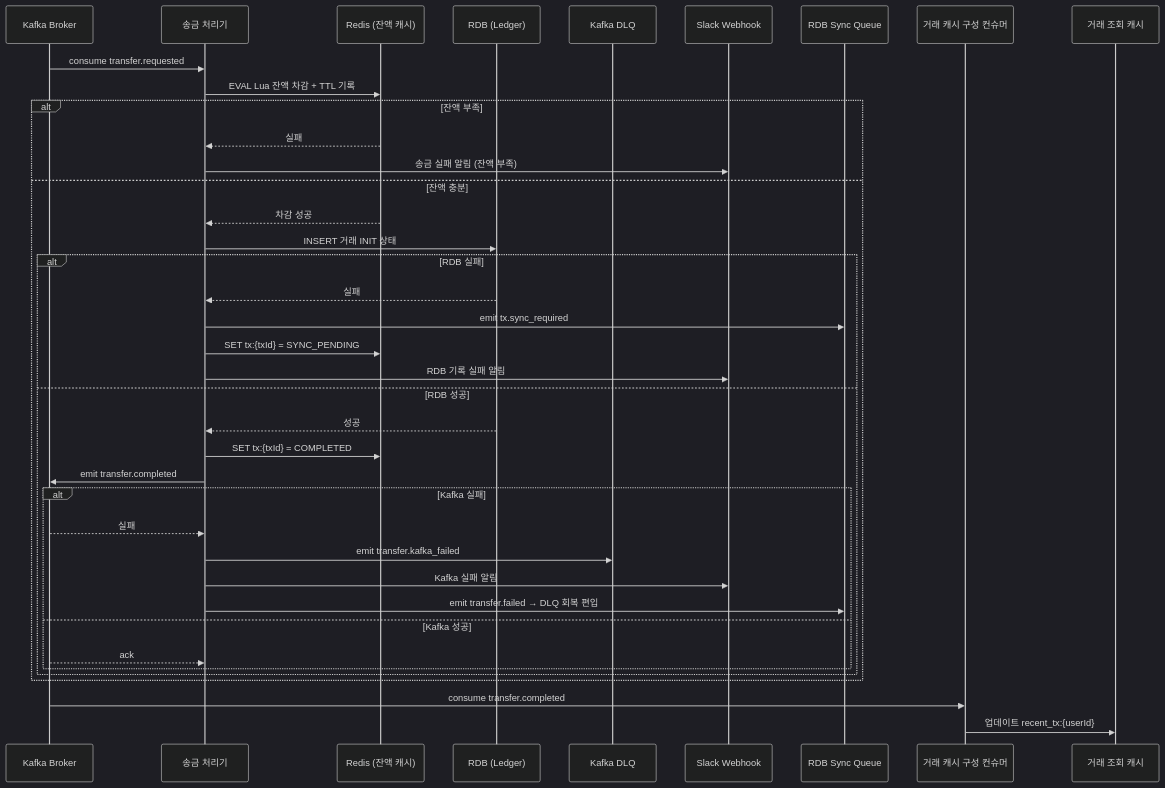
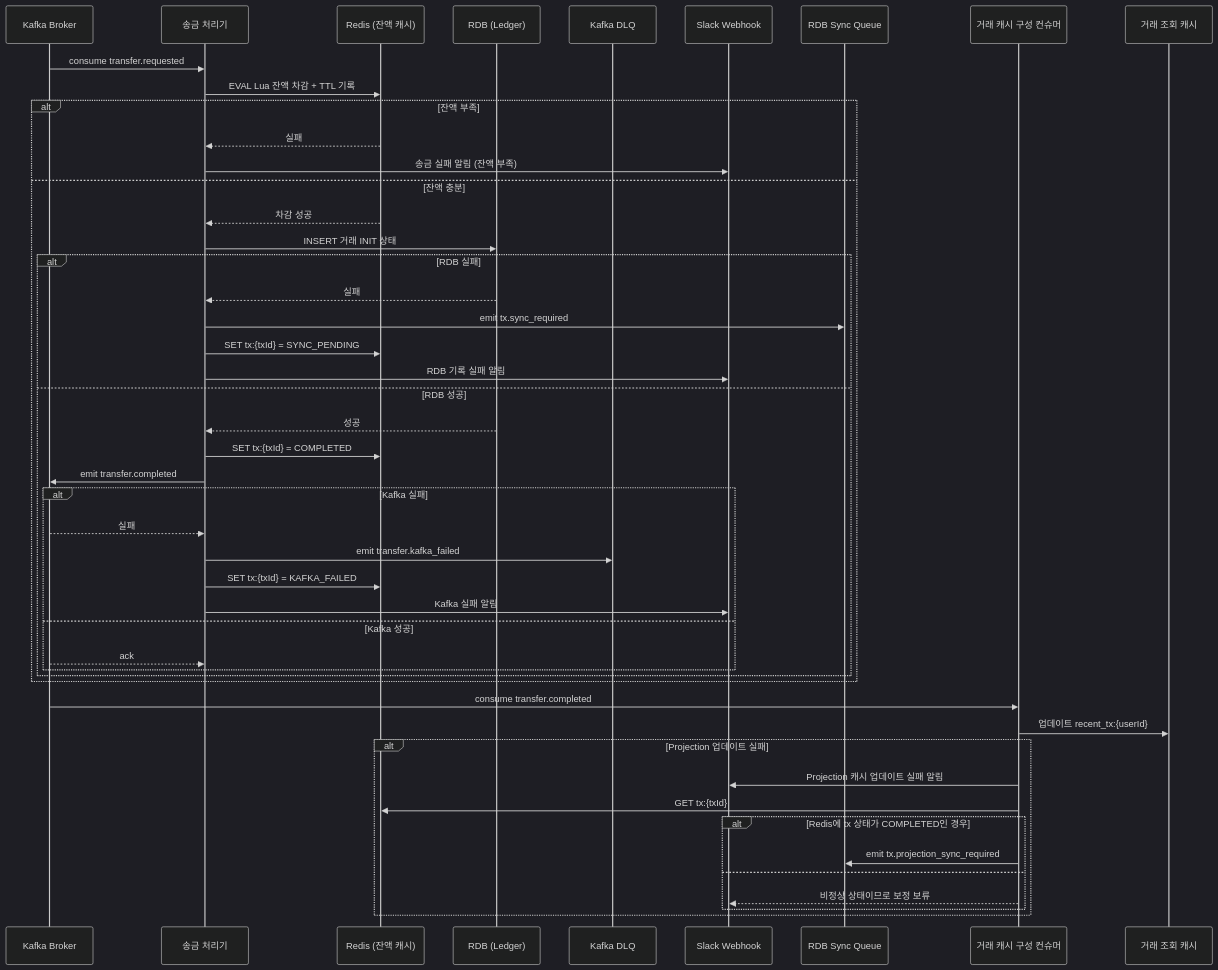
Before and after one commit to hyungkishin/FDS-System: the second of 5 diagrams in GUIDE.md, drawn with Mermaid (dark theme). The commit also changed other lines of this file, not shown here.

````diff
--- a/GUIDE.md
+++ b/GUIDE.md
@@ -50,43 +55,60 @@
 ```mermaid
 sequenceDiagram
     participant Kafka as Kafka Broker
     participant TxWorker as 송금 처리기
     participant Redis as Redis (잔액 캐시)
     participant RDB as RDB (Ledger)
     participant DLQ as Kafka DLQ
     participant Slack as Slack Webhook
     participant SyncQ as RDB Sync Queue
     participant TxProjector as 거래 캐시 구성 컨슈머
     participant Projection as 거래 조회 캐시
 
     Kafka->>TxWorker: consume transfer.requested
     TxWorker->>Redis: EVAL Lua 잔액 차감 + TTL 기록
+
     alt 잔액 부족
         Redis-->>TxWorker: 실패
         TxWorker->>Slack: 송금 실패 알림 (잔액 부족)
+
     else 잔액 충분
         Redis-->>TxWorker: 차감 성공
         TxWorker->>RDB: INSERT 거래 INIT 상태
+
         alt RDB 실패
             RDB-->>TxWorker: 실패
             TxWorker->>SyncQ: emit tx.sync_required
             TxWorker->>Redis: SET tx:{txId} = SYNC_PENDING
             TxWorker->>Slack: RDB 기록 실패 알림
+
         else RDB 성공
             RDB-->>TxWorker: 성공
             TxWorker->>Redis: SET tx:{txId} = COMPLETED
             TxWorker->>Kafka: emit transfer.completed
+
             alt Kafka 실패
                 Kafka-->>TxWorker: 실패
                 TxWorker->>DLQ: emit transfer.kafka_failed
+                TxWorker->>Redis: SET tx:{txId} = KAFKA_FAILED
                 TxWorker->>Slack: Kafka 실패 알림
-                TxWorker->>SyncQ: emit transfer.failed → DLQ 회복 편입
+            %% SyncQ 전파는 생략: DLQ가 복구 흐름 진입 지점이기 때문
+
             else Kafka 성공
                 Kafka-->>TxWorker: ack
             end
         end
     end
 
     Kafka->>TxProjector: consume transfer.completed
     TxProjector->>Projection: 업데이트 recent_tx:{userId}
+
+    alt Projection 업데이트 실패
+        TxProjector->>Slack: Projection 캐시 업데이트 실패 알림
+        TxProjector->>Redis: GET tx:{txId}
+        alt Redis에 tx 상태가 COMPLETED인 경우
+            TxProjector->>SyncQ: emit tx.projection_sync_required
+        else
+            TxProjector-->>Slack: 비정상 상태이므로 보정 보류
+        end
+    end
 ```
````
